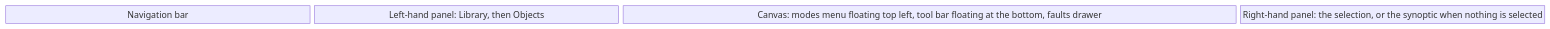
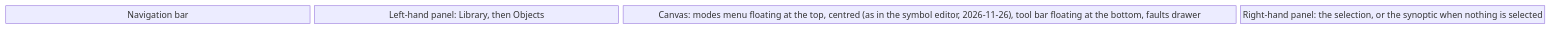
The first of 2 diagrams in synoptics/02-synoptic-editor.md (AlexandreGallais/synoptic-studio-spec), drawn with Mermaid before and after one commit. The commit also changed other lines of this file and 11 other files, not shown here.

First line of the commit message:
docs(symbols): animation panel as a sentence, way back from a mode, centred modes menu

````diff
--- a/synoptics/02-synoptic-editor.md
+++ b/synoptics/02-synoptic-editor.md
@@ -15,5 +15,5 @@
 ```mermaid
 block-beta
     columns 5
-    rail["Navigation bar"] left["Left-hand panel: Library, then Objects"] canvas["Canvas: modes menu floating top left, tool bar floating at the bottom, faults drawer"]:2 panel["Right-hand panel: the selection, or the synoptic when nothing is selected"]
+    rail["Navigation bar"] left["Left-hand panel: Library, then Objects"] canvas["Canvas: modes menu floating at the top, centred (as in the symbol editor, 2026-11-26), tool bar floating at the bottom, faults drawer"]:2 panel["Right-hand panel: the selection, or the synoptic when nothing is selected"]
 ```
````
